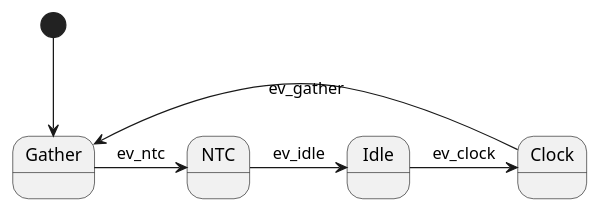
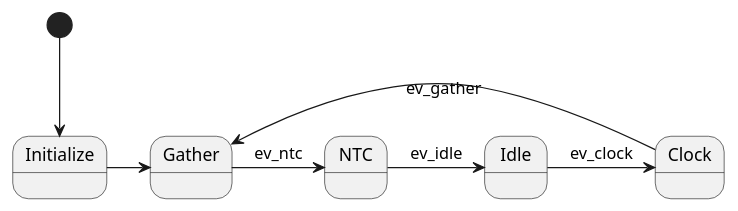
Before and after one commit to seryafarma/Weather: the diagram in state_diagram.plantuml, drawn with PlantUML.

```diff
--- a/state_diagram.plantuml
+++ b/state_diagram.plantuml
@@ -1,7 +1,8 @@
 @startuml state_diagram_weather
-[*] --> Gather
+[*] --> Initialize
+Initialize -> Gather
 Gather -> NTC : ev_ntc
 NTC -> Idle : ev_idle
 Idle -> Clock : ev_clock
 Clock -> Gather : ev_gather
 @enduml
```
